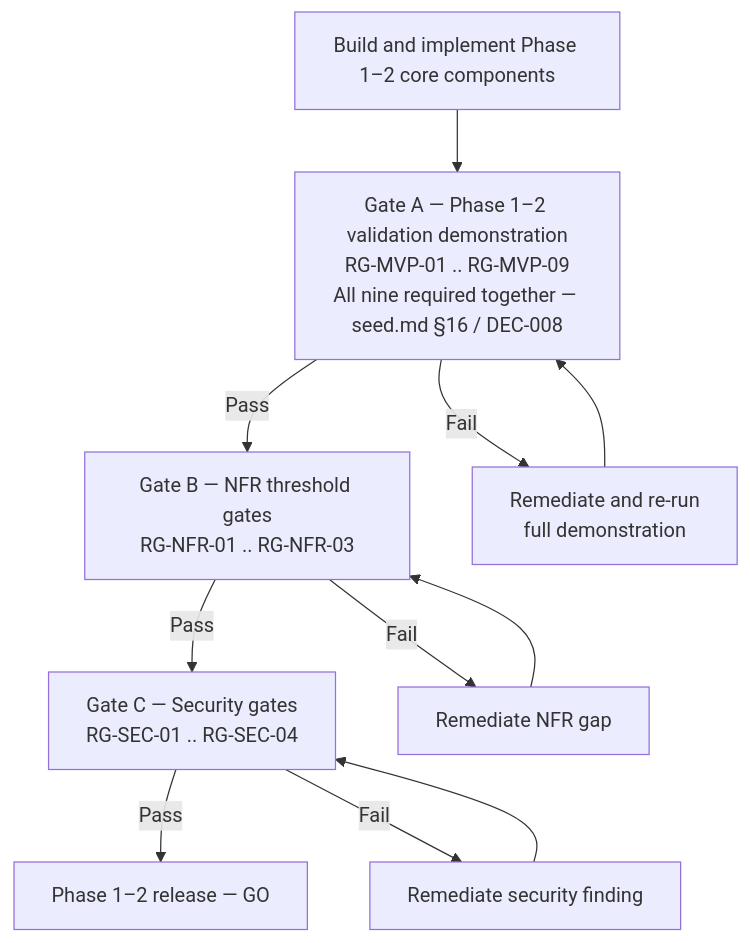
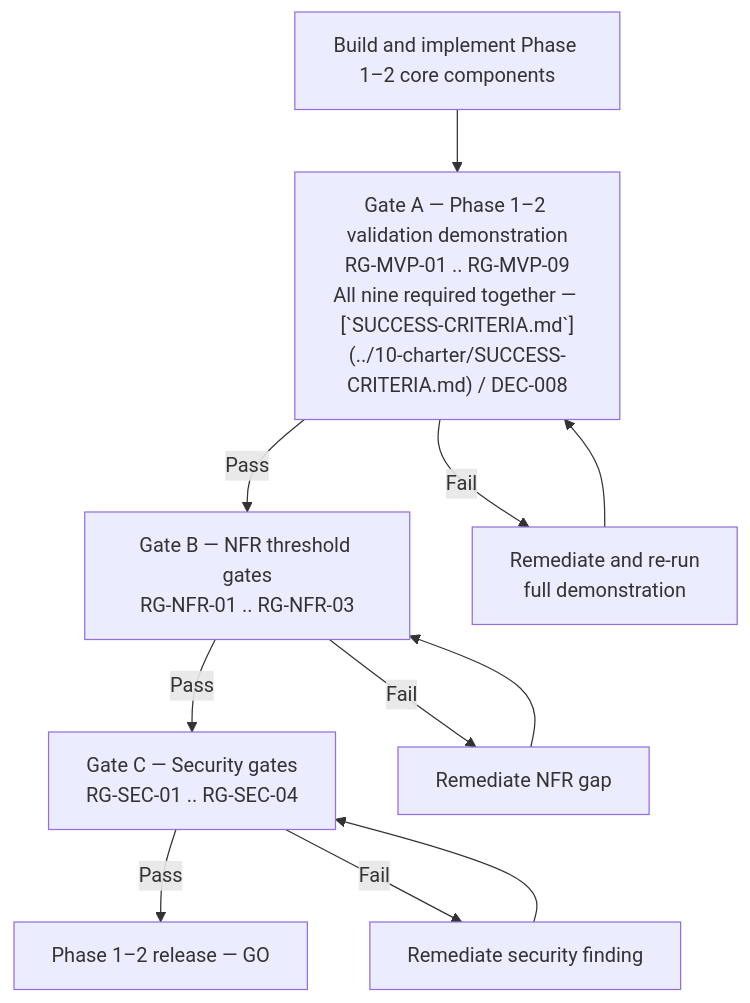
One commit to veglezMX/guardrails changed the third of 3 diagrams in solution-docs/60-delivery/RELEASE-CRITERIA.md. Above: the diagram before and after it, drawn with Mermaid. The commit also changed other lines of this file and 91 other files, not shown here.

````diff
--- a/solution-docs/60-delivery/RELEASE-CRITERIA.md
+++ b/solution-docs/60-delivery/RELEASE-CRITERIA.md
@@ -161,19 +161,19 @@
 ```mermaid
 flowchart TD
     Build["Build and implement Phase 1–2 core components"] --> GateA
 
-    GateA["Gate A — Phase 1–2 validation demonstration\nRG-MVP-01 .. RG-MVP-09\nAll nine required together — seed.md §16 / DEC-008"]
+ GateA["Gate A — Phase 1–2 validation demonstration\nRG-MVP-01 .. RG-MVP-09\nAll nine required together — [`SUCCESS-CRITERIA.md`](../10-charter/SUCCESS-CRITERIA.md) / DEC-008"]
     GateA -->|Pass| GateB
     GateA -->|Fail| Remediate1["Remediate and re-run\nfull demonstration"]
     Remediate1 --> GateA
 
     GateB["Gate B — NFR threshold gates\nRG-NFR-01 .. RG-NFR-03"]
     GateB -->|Pass| GateC
     GateB -->|Fail| Remediate2["Remediate NFR gap"]
     Remediate2 --> GateB
 
     GateC["Gate C — Security gates\nRG-SEC-01 .. RG-SEC-04"]
     GateC -->|Pass| GO["Phase 1–2 release — GO"]
     GateC -->|Fail| Remediate3["Remediate security finding"]
     Remediate3 --> GateC
 ```
````
